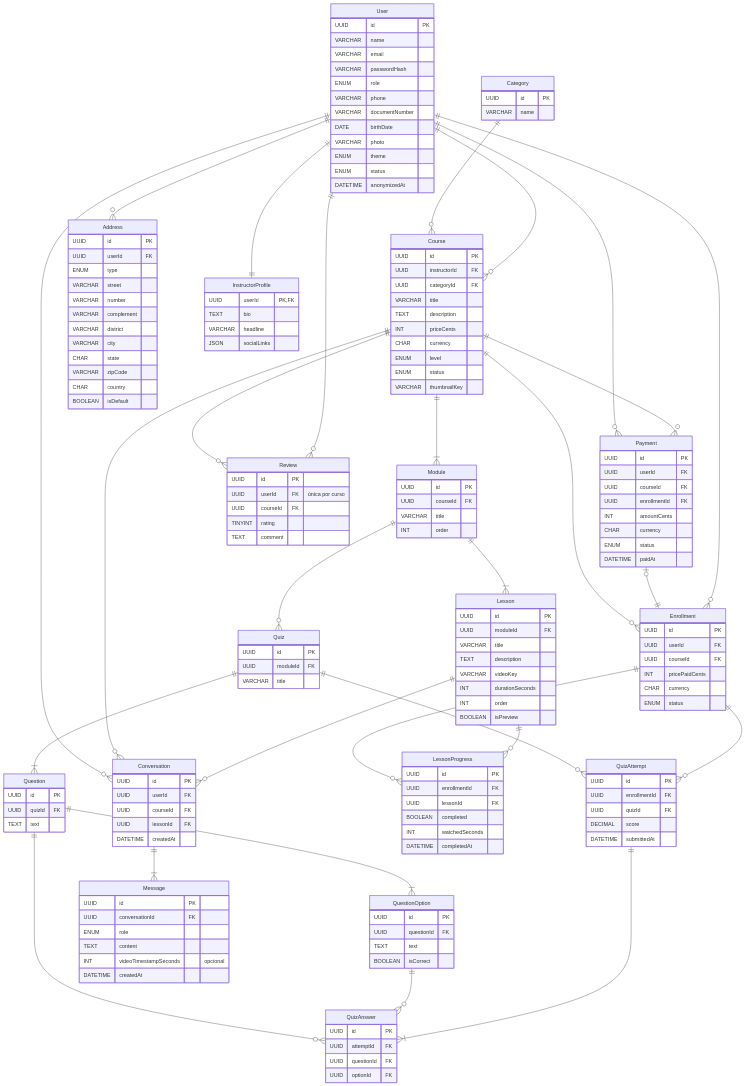
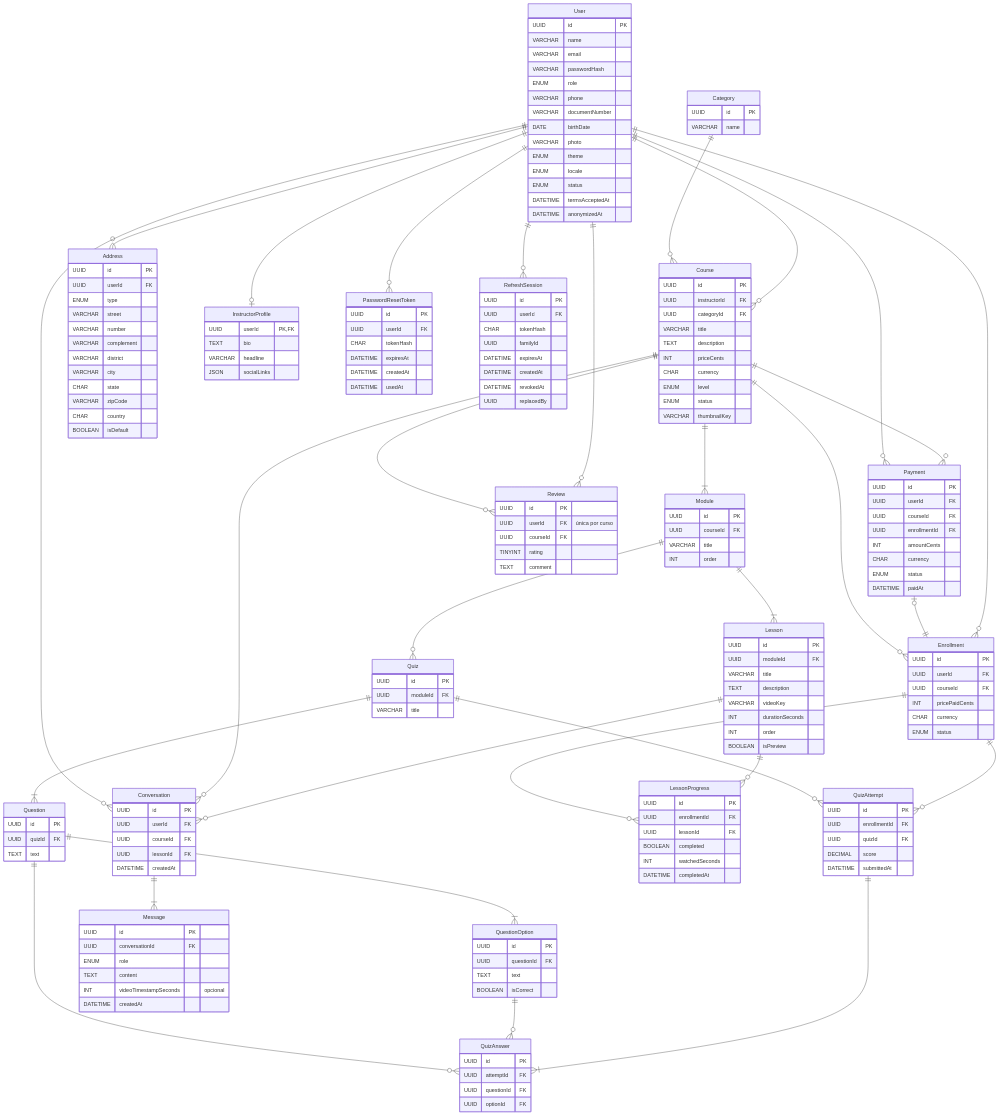
The first of 3 diagrams in docs/tdd.md (Plataforma-de-Cursos-TCC/plataforma-cursos-docs), drawn with Mermaid before and after one commit. The commit also changed other lines of this file and 4 other files, not shown here.

```diff
--- a/docs/tdd.md
+++ b/docs/tdd.md
@@ -56,7 +56,9 @@
     User ||--o{ Enrollment : ""
     User ||--o{ Review : ""
     User ||--o{ Address : ""
-    User ||--|| InstructorProfile : ""
+    User ||--o| InstructorProfile : ""
+    User ||--o{ PasswordResetToken : ""
+    User ||--o{ RefreshSession : ""
     User ||--o{ Conversation : ""
     Course ||--o{ Conversation : ""
     Lesson ||--o{ Conversation : ""
@@ -73,7 +75,9 @@
         DATE birthDate
         VARCHAR photo
         ENUM theme
+        ENUM locale
         ENUM status
+        DATETIME termsAcceptedAt
         DATETIME anonymizedAt
     }
     Address {
@@ -95,6 +99,24 @@
         TEXT bio
         VARCHAR headline
         JSON socialLinks
+    }
+    PasswordResetToken {
+        UUID id PK
+        UUID userId FK
+        CHAR tokenHash
+        DATETIME expiresAt
+        DATETIME createdAt
+        DATETIME usedAt
+    }
+    RefreshSession {
+        UUID id PK
+        UUID userId FK
+        CHAR tokenHash
+        UUID familyId
+        DATETIME expiresAt
+        DATETIME createdAt
+        DATETIME revokedAt
+        UUID replacedBy
     }
     Category {
         UUID id PK
```
